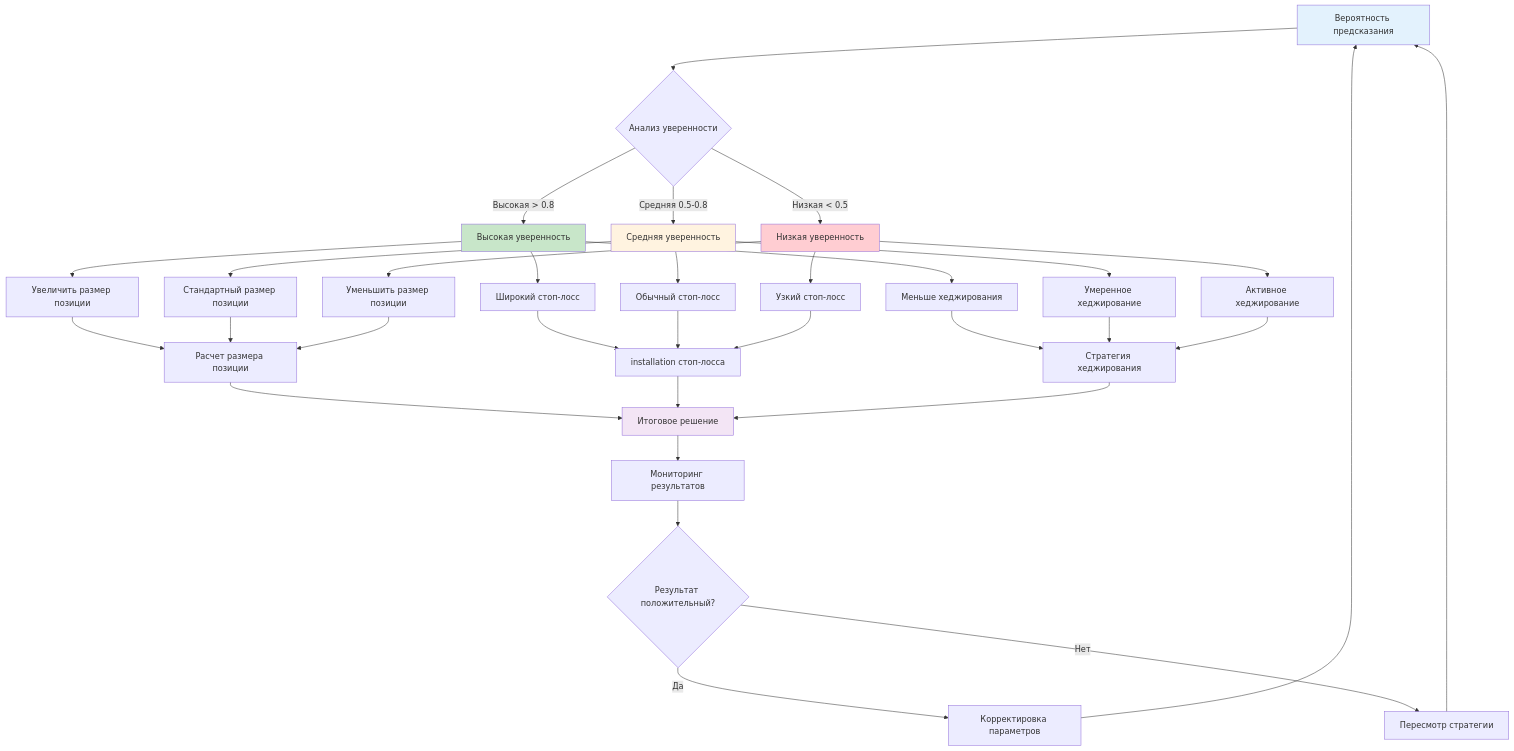
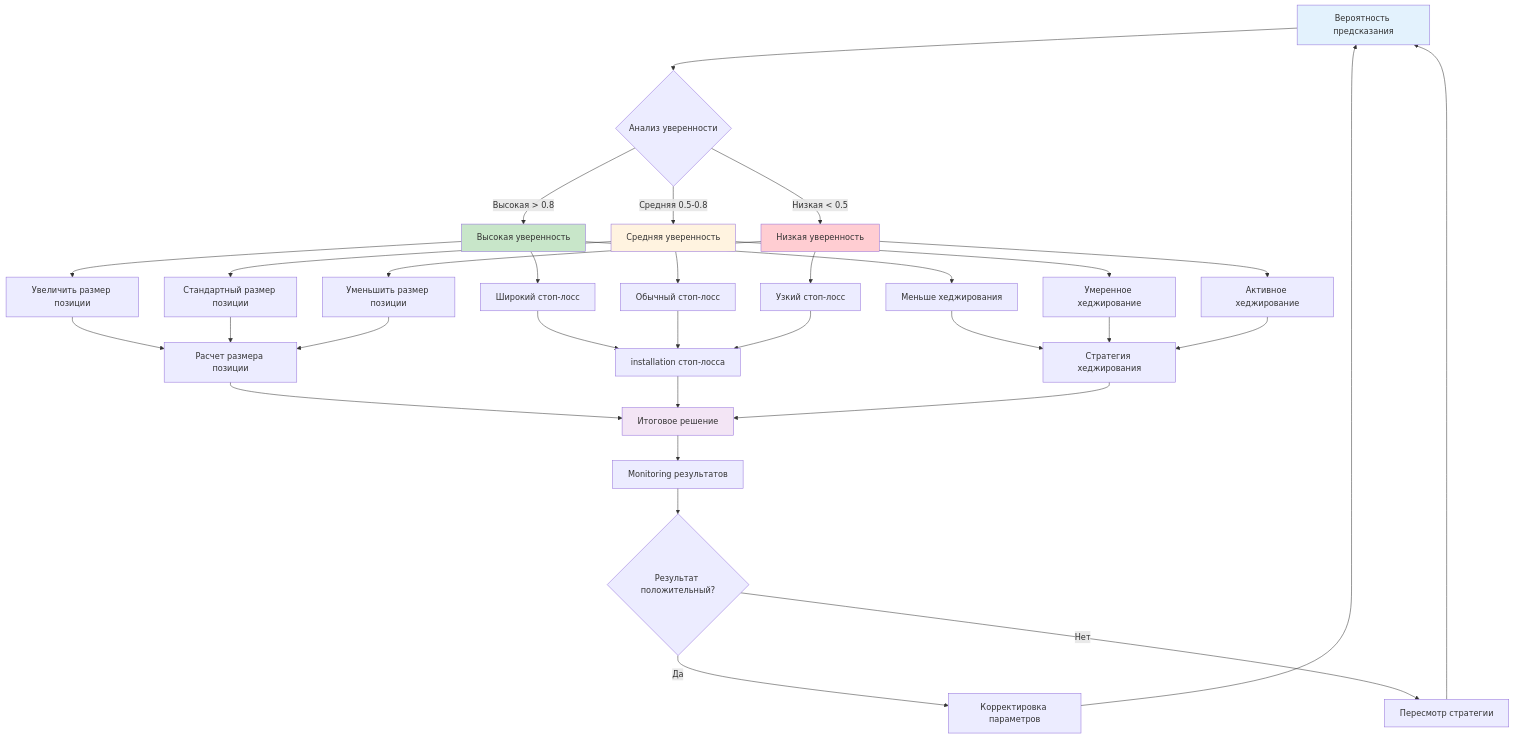
Before and after one commit to NeoZorK/neozork-hld-prediction: the third of 8 diagrams in docs/automl/gluon/26_probability_usage_guide.md, drawn with Mermaid. The commit also changed other lines of this file and 102 other files, not shown here.

````diff
--- a/docs/automl/gluon/26_probability_usage_guide.md
+++ b/docs/automl/gluon/26_probability_usage_guide.md
@@ -350,50 +350,50 @@
 ```mermaid
 graph TD
  A[Вероятность предсказания] --> B{Анализ уверенности}
 
  B -->|Высокая > 0.8| C[Высокая уверенность]
  B -->|Средняя 0.5-0.8| D[Средняя уверенность]
  B -->|Низкая < 0.5| E[Низкая уверенность]
 
  C --> C1[Увеличить размер позиции]
  C --> C2[Широкий стоп-лосс]
  C --> C3[Меньше хеджирования]
 
  D --> D1[Стандартный размер позиции]
  D --> D2[Обычный стоп-лосс]
  D --> D3[Умеренное хеджирование]
 
  E --> E1[Уменьшить размер позиции]
  E --> E2[Узкий стоп-лосс]
  E --> E3[Активное хеджирование]
 
  C1 --> F[Расчет размера позиции]
  C2 --> G[installation стоп-лосса]
  C3 --> H[Стратегия хеджирования]
 
  D1 --> F
  D2 --> G
  D3 --> H
 
  E1 --> F
  E2 --> G
  E3 --> H
 
  F --> I[Итоговое решение]
  G --> I
  H --> I
 
- I --> J[Мониторинг результатов]
+ I --> J[Monitoring результатов]
  J --> K{Результат положительный?}
  K -->|Да| L[Корректировка параметров]
  K -->|Нет| M[Пересмотр стратегии]
 
  L --> A
  M --> A
 
  style A fill:#e3f2fd
  style C fill:#c8e6c9
  style D fill:#fff3e0
  style E fill:#ffcdd2
  style I fill:#f3e5f5
 ```
````
